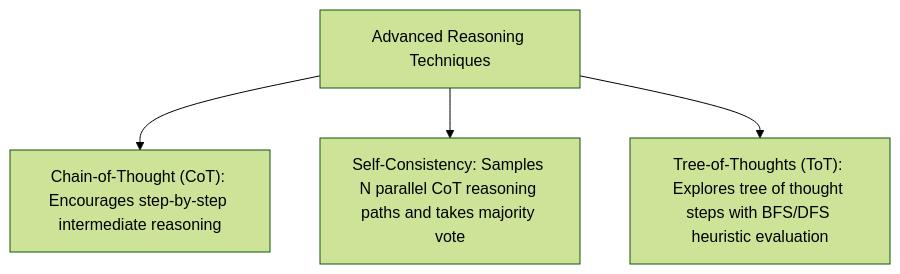
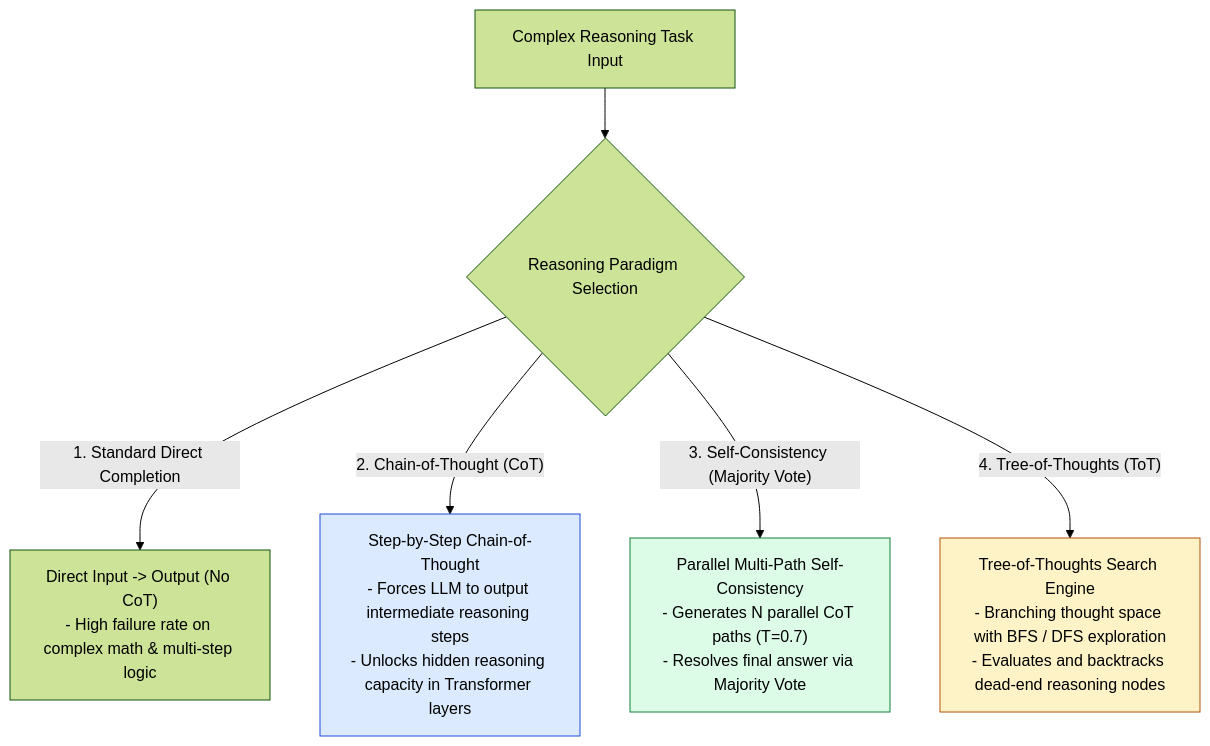
One commit to Amie-dev/engineering-playbook changed the first of 3 diagrams in agentic-ai-notes/00-foundations/04-prompt-engineering-advanced.md. Above: the diagram before and after it, drawn with Mermaid (forest theme). The commit also changed other lines of this file and 17 other files, not shown here.

Commit message:
Refactor observability and tracing documentation to enhance clarity and detail; expand Model Context Protocol (MCP) architecture with JSON-RPC primitives; update decision framework to emphasize architectural complexity and decision-making processes.

````diff
--- a/agentic-ai-notes/00-foundations/04-prompt-engineering-advanced.md
+++ b/agentic-ai-notes/00-foundations/04-prompt-engineering-advanced.md
@@ -10,6 +13,16 @@
 ```mermaid
-graph TD
-    Techniques[Advanced Reasoning Techniques] --> CoT["Chain-of-Thought (CoT): Encourages step-by-step intermediate reasoning"]
-    Techniques --> SelfConsistency["Self-Consistency: Samples N parallel CoT reasoning paths and takes majority vote"]
-    Techniques --> ToT["Tree-of-Thoughts (ToT): Explores tree of thought steps with BFS/DFS heuristic evaluation"]
+flowchart TD
+    Task[Complex Reasoning Task Input] --> Paradigm{Reasoning Paradigm Selection}
+
+    Paradigm -- "1. Standard Direct Completion" --> Direct["Direct Input -> Output (No CoT)<br/>- High failure rate on complex math & multi-step logic"]
+
+    Paradigm -- "2. Chain-of-Thought (CoT)" --> SingleCoT["Step-by-Step Chain-of-Thought<br/>- Forces LLM to output intermediate reasoning steps<br/>- Unlocks hidden reasoning capacity in Transformer layers"]
+
+    Paradigm -- "3. Self-Consistency (Majority Vote)" --> ParallelCoT["Parallel Multi-Path Self-Consistency<br/>- Generates N parallel CoT paths (T=0.7)<br/>- Resolves final answer via Majority Vote"]
+
+    Paradigm -- "4. Tree-of-Thoughts (ToT)" --> TreeSearch["Tree-of-Thoughts Search Engine<br/>- Branching thought space with BFS / DFS exploration<br/>- Evaluates and backtracks dead-end reasoning nodes"]
+
+    style SingleCoT fill:#dbeafe,stroke:#1d4ed8
+    style ParallelCoT fill:#dcfce7,stroke:#15803d
+    style TreeSearch fill:#fef3c7,stroke:#b45309
 ```
````
